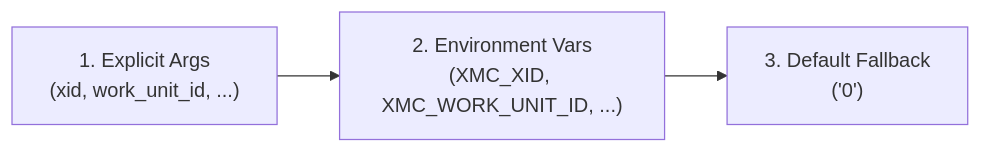
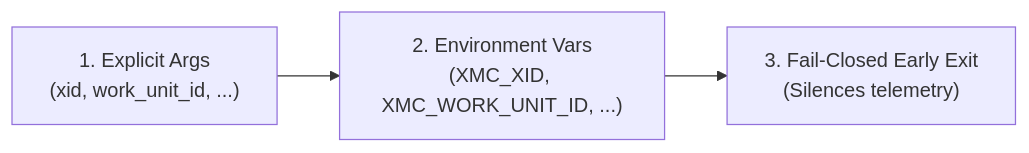
Before and after one commit to google/xmc: the third of 3 diagrams in sdks/python/xmc/README.md, drawn with Mermaid. The commit also changed other lines of this file and 1 other file, not shown here.

Commit message:
fix(sdk): eliminate arbitrary 0 fallbacks for xmc environment configs
Remove fallback values of '0' for missing XMC_XID, XMC_WORK_UNIT_ID, and
XMC_EXECUTION_ID metadata configurations. Absence of these variables now
cleanly results in an early exit from the metric flow by silencing the SDK,
without propagating '0' strings.

TAG=agy
CONV=bde0760b-269a-4106-9e6d-cba79ca2a50a

````diff
--- a/sdks/python/xmc/README.md
+++ b/sdks/python/xmc/README.md
@@ -67,5 +67,5 @@
 ```mermaid
 flowchart LR
     Tier1["1. Explicit Args<br/>(xid, work_unit_id, ...)"] --> Tier2["2. Environment Vars<br/>(XMC_XID, XMC_WORK_UNIT_ID, ...)"]
-    Tier2 --> Tier3["3. Default Fallback<br/>('0')"]
+    Tier2 --> Tier3["3. Fail-Closed Early Exit<br/>(Silences telemetry)"]
 ```
````
